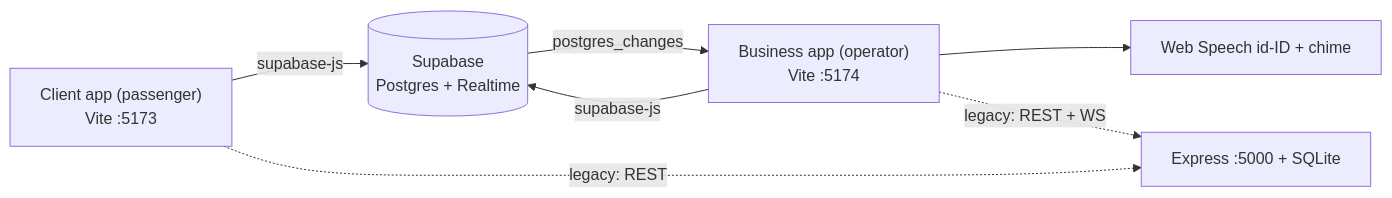
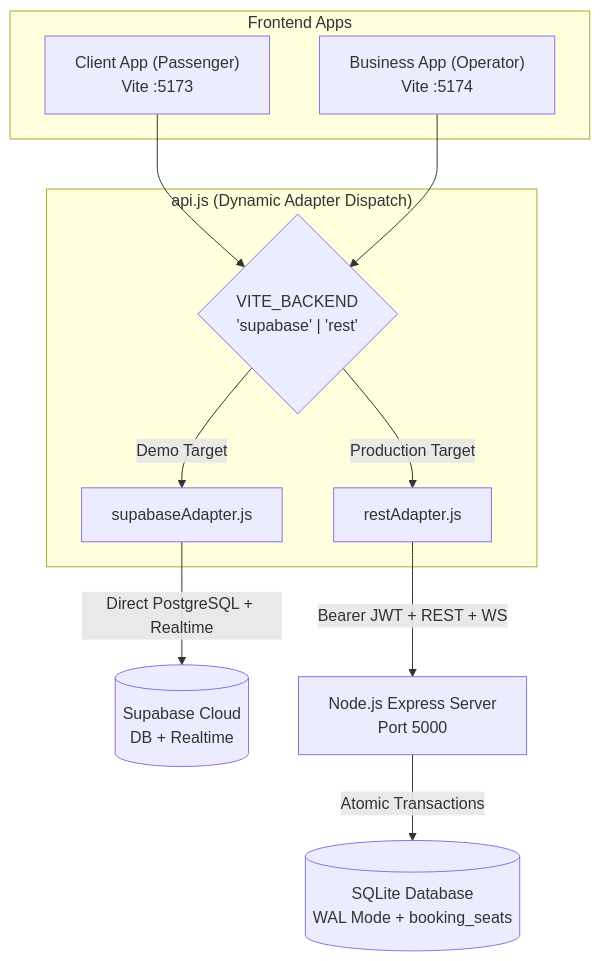
The diagram in docs/ARCHITECTURE.md (ivanadriman/antarpool-travel), drawn with Mermaid before and after one commit. The commit also changed other lines of this file and 30 other files, not shown here.

First line of the commit message:
feat(arch): implement dual-target adapter pattern, atomic booking, and operator JWT auth

````diff
--- a/docs/ARCHITECTURE.md
+++ b/docs/ARCHITECTURE.md
@@ -21,9 +10,22 @@
 ```mermaid
-flowchart LR
-  C["Client app (passenger)<br/>Vite :5173"] -->|supabase-js| S[("Supabase<br/>Postgres + Realtime")]
-  B["Business app (operator)<br/>Vite :5174"] -->|supabase-js| S
-  S -- "postgres_changes" --> B
-  B --> V["Web Speech id-ID + chime"]
-  C -. "legacy: REST" .-> E["Express :5000 + SQLite"]
-  B -. "legacy: REST + WS" .-> E
+flowchart TD
+  subgraph Frontend Apps
+    Client["Client App (Passenger)<br/>Vite :5173"]
+    Business["Business App (Operator)<br/>Vite :5174"]
+  end
+
+  subgraph Data Layer ["api.js (Dynamic Adapter Dispatch)"]
+    Switch{"VITE_BACKEND<br/>'supabase' | 'rest'"}
+    SubA["supabaseAdapter.js"]
+    RestA["restAdapter.js"]
+  end
+
+  Client --> Switch
+  Business --> Switch
+  Switch -->|Demo Target| SubA
+  Switch -->|Production Target| RestA
+
+  SubA -->|Direct PostgreSQL + Realtime| Supabase[("Supabase Cloud<br/>DB + Realtime")]
+  RestA -->|Bearer JWT + REST + WS| Express["Node.js Express Server<br/>Port 5000"]
+  Express -->|Atomic Transactions| SQLite[("SQLite Database<br/>WAL Mode + booking_seats")]
 ```
````
